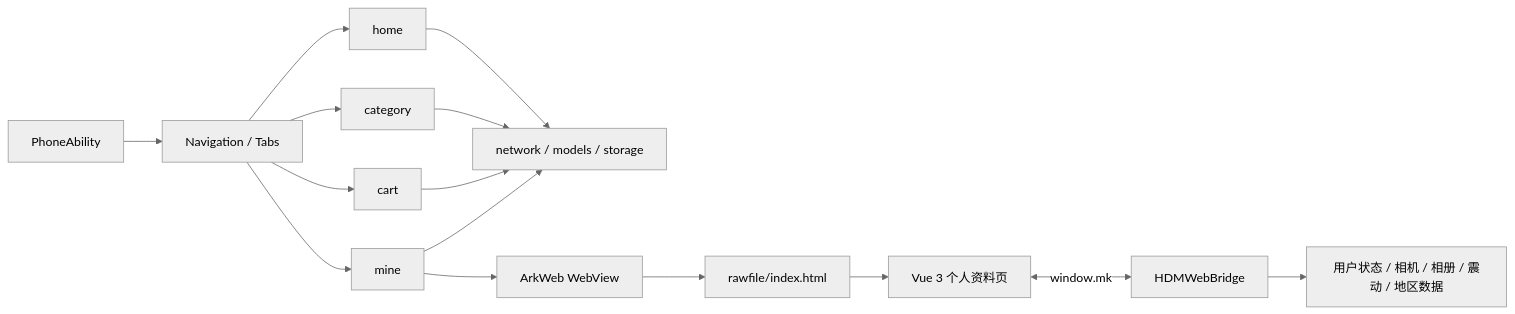
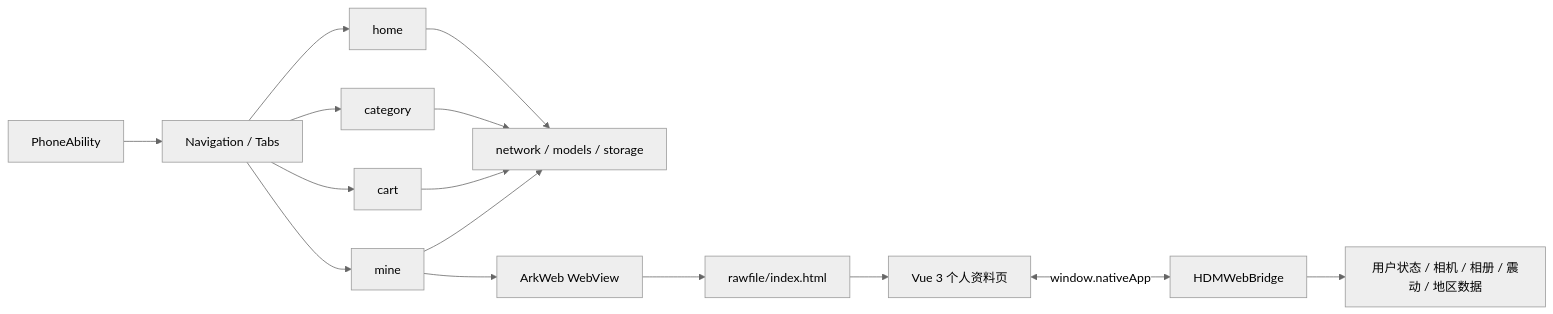
Before and after one commit to wangagan496/hdm-mall: the diagram in README.md, drawn with Mermaid (neutral theme). The commit also changed other lines of this file and 30 other files, not shown here.

````diff
--- a/README.md
+++ b/README.md
@@ -63,19 +65,19 @@
 ```mermaid
 flowchart LR
   A[PhoneAbility] --> B[Navigation / Tabs]
   B --> C[home]
   B --> D[category]
   B --> E[cart]
   B --> F[mine]
 
   C --> G[network / models / storage]
   D --> G
   E --> G
   F --> G
 
   F --> H[ArkWeb WebView]
   H --> I[rawfile/index.html]
   I --> J[Vue 3 个人资料页]
-  J <-->|window.mk| K[HDMWebBridge]
+  J <-->|window.nativeApp| K[HDMWebBridge]
   K --> L[用户状态 / 相机 / 相册 / 震动 / 地区数据]
 ```
````
